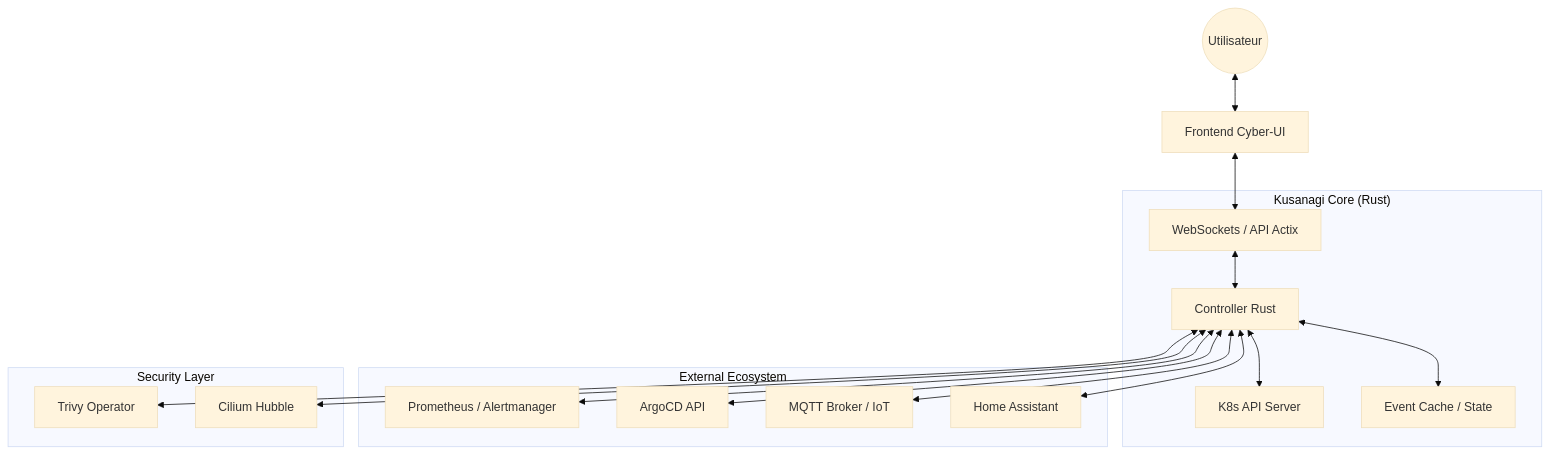
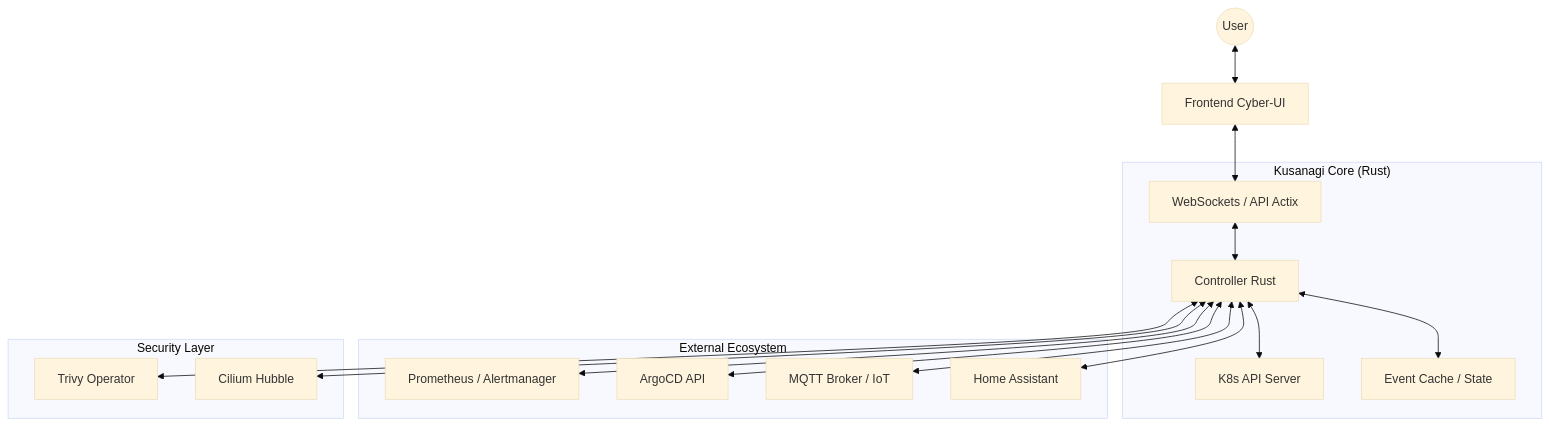
Before and after one commit to JZacharie/Kusanagi: the diagram in README.md, drawn with Mermaid (base theme). The commit also changed other lines of this file and 6 other files, not shown here.

````diff
--- a/README.md
+++ b/README.md
@@ -35,20 +46,20 @@
 ```mermaid
 graph TD
-    User((Utilisateur)) <--> UI[Frontend Cyber-UI]
+    User((User)) <--> UI[Frontend Cyber-UI]
     UI <--> WS[WebSockets / API Actix]
     subgraph "Kusanagi Core (Rust)"
         WS <--> Backend[Controller Rust]
         Backend <--> KubeAPI[K8s API Server]
         Backend <--> Storage[Event Cache / State]
     end
     subgraph "External Ecosystem"
         Backend <--> Prom[Prometheus / Alertmanager]
         Backend <--> Argo[ArgoCD API]
         Backend <--> MQTT[MQTT Broker / IoT]
         Backend <--> HA[Home Assistant]
     end
     subgraph "Security Layer"
         Backend <--> Trivy[Trivy Operator]
         Backend <--> Cilium[Cilium Hubble]
     end
 ```
````
